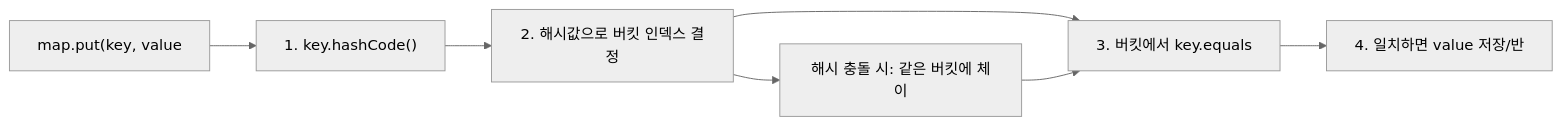
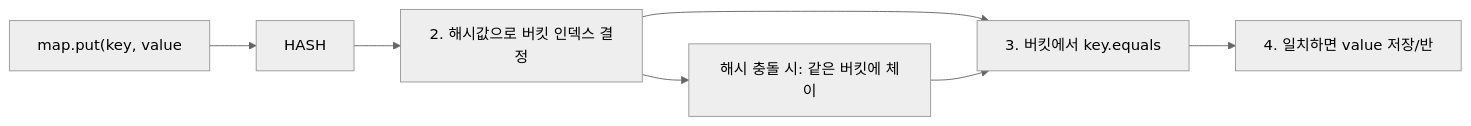
Before and after one commit to yjkim2015/yjkim2015.github.io: the third of 6 diagrams in _posts/java/2026-05-01-java-object-class.md, drawn with Mermaid (neutral theme). The commit also changed other lines of this file and 149 other files, not shown here.

First line of the commit message:
Mermaid 가독성 개선: 라벨 축약, 노드 축소, TD→LR 변환

````diff
--- a/_posts/java/2026-05-01-java-object-class.md
+++ b/_posts/java/2026-05-01-java-object-class.md
@@ -290,11 +290,10 @@
 ```mermaid
 graph LR
     PUT["map.put(key, value"]
-    HASH["1. key.hashCode()"]
     BUCKET["2. 해시값으로 버킷 인덱스 결정"]
     EQUALS["3. 버킷에서 key.equals"]
     STORE["4. 일치하면 value 저장/반"]
     CHAIN["해시 충돌 시: 같은 버킷에 체이"]
     PUT --> HASH --> BUCKET --> EQUALS --> STORE
     BUCKET --> CHAIN --> EQUALS
 ```
````
